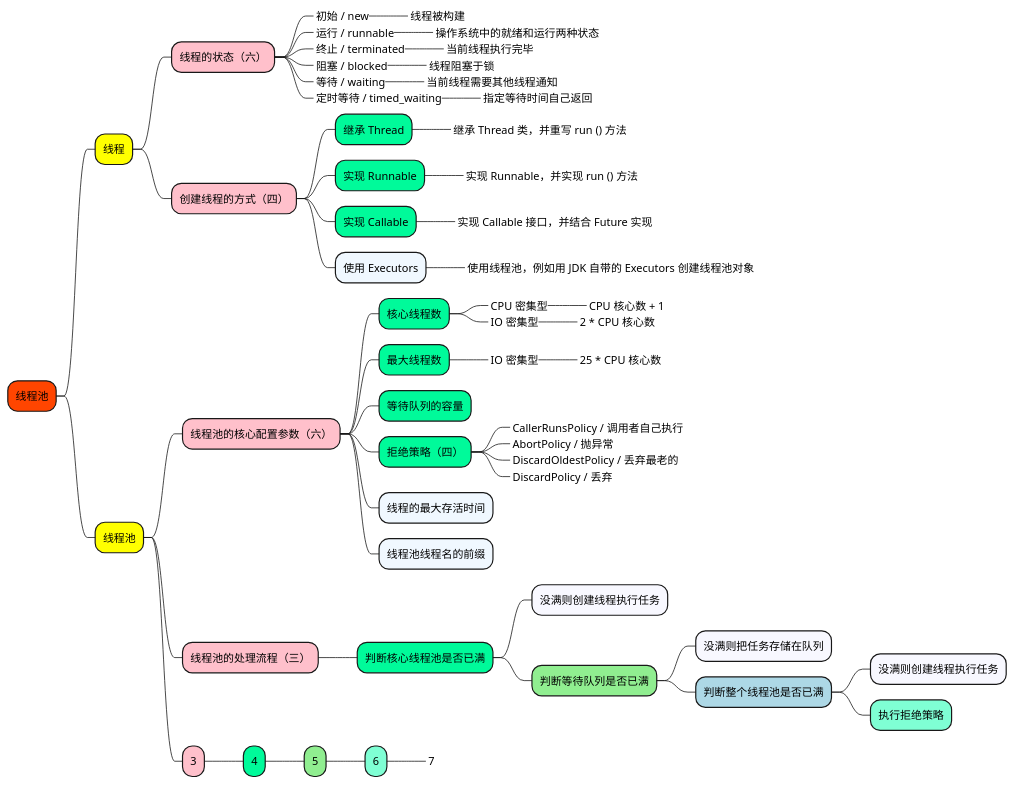
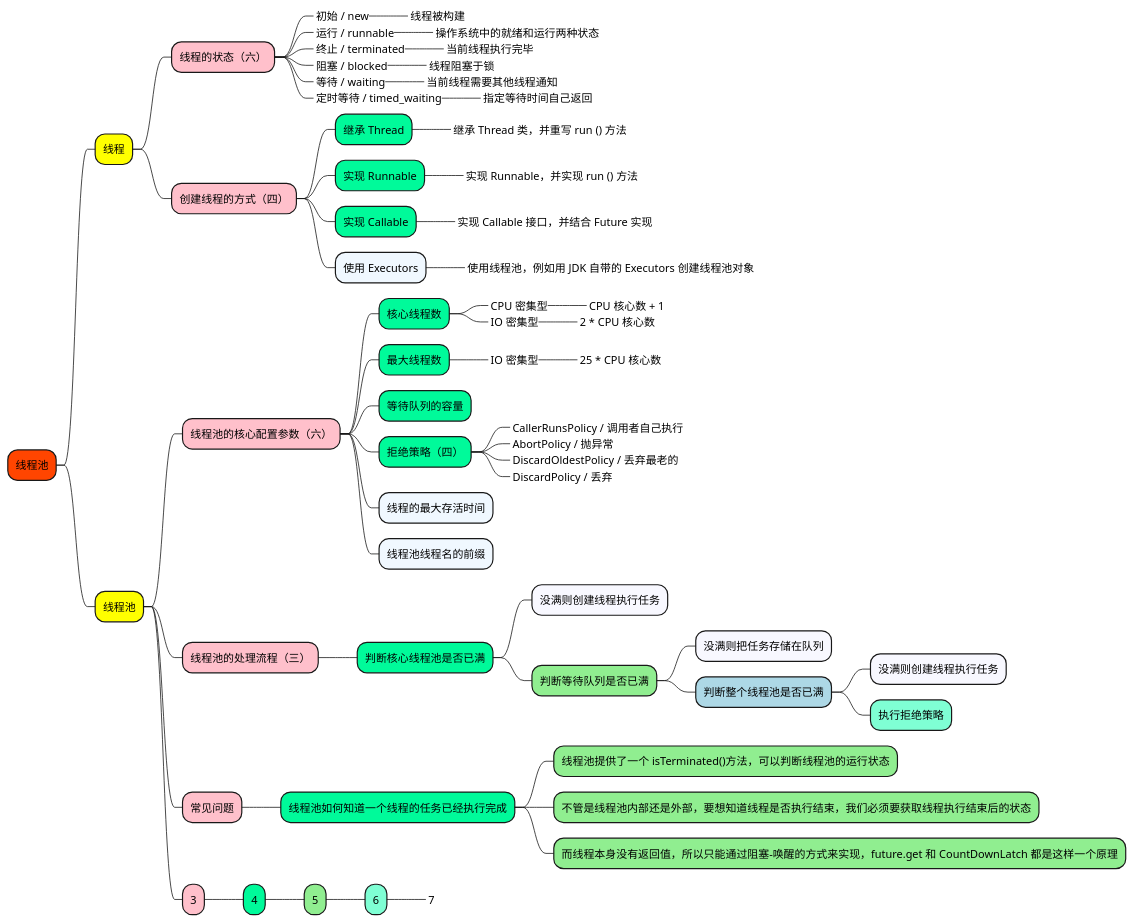
One commit to doveg/self-cultivation-of-a-software-engineer changed the diagram in 1_map/1-java/Thread-pool.puml. Above: the diagram before and after it, drawn with PlantUML. The commit also changed 16 other files, not shown here.

```diff
--- a/1_map/1-java/Thread-pool.puml
+++ b/1_map/1-java/Thread-pool.puml
@@ -1,81 +1,87 @@
 @startmindmap
 
 +[#OrangeRed] 线程池
 
 ++[#yellow] 线程
 
 +++[#Pink] 线程的状态（六）
 
 ++++[#AliceBlue]_ 初始 / new
 +++++[#GhostWhite]_ 线程被构建
 ++++[#AliceBlue]_ 运行 / runnable
 +++++[#GhostWhite]_ 操作系统中的就绪和运行两种状态
 ++++[#AliceBlue]_ 终止 / terminated
 +++++[#GhostWhite]_ 当前线程执行完毕
 ++++[#AliceBlue]_ 阻塞 / blocked
 +++++[#GhostWhite]_ 线程阻塞于锁
 ++++[#AliceBlue]_ 等待 / waiting
 +++++[#GhostWhite]_ 当前线程需要其他线程通知
 ++++[#AliceBlue]_ 定时等待 / timed_waiting
 +++++[#GhostWhite]_ 指定等待时间自己返回
 
 
 +++[#Pink] 创建线程的方式（四）
 
 ++++[#MediumSpringGreen] 继承 Thread
 +++++[#GhostWhite]_ 继承 Thread 类，并重写 run () 方法
 ++++[#MediumSpringGreen] 实现 Runnable
 +++++[#GhostWhite]_ 实现 Runnable，并实现 run () 方法
 ++++[#MediumSpringGreen] 实现 Callable
 +++++[#GhostWhite]_ 实现 Callable 接口，并结合 Future 实现
 ++++[#AliceBlue] 使用 Executors
 +++++[#GhostWhite]_ 使用线程池，例如用 JDK 自带的 Executors 创建线程池对象
 
 
 ++[#yellow] 线程池
 
 +++[#Pink] 线程池的核心配置参数（六）
 
 ++++[#MediumSpringGreen] 核心线程数
 +++++[#LightGreen]_ CPU 密集型
 ++++++[#Aquamarine]_ CPU 核心数 + 1
 +++++[#LightGreen]_ IO 密集型
 ++++++[#Aquamarine]_ 2 * CPU 核心数
 
 ++++[#MediumSpringGreen] 最大线程数
 +++++[#LightGreen]_ IO 密集型
 ++++++[#Aquamarine]_ 25 * CPU 核心数
 
 ++++[#MediumSpringGreen] 等待队列的容量
 
 ++++[#MediumSpringGreen] 拒绝策略（四）
 +++++[#LightGreen]_ CallerRunsPolicy / 调用者自己执行
 +++++[#LightGreen]_ AbortPolicy / 抛异常
 +++++[#LightGreen]_ DiscardOldestPolicy / 丢弃最老的
 +++++[#LightGreen]_ DiscardPolicy / 丢弃
 
 ++++[#AliceBlue] 线程的最大存活时间
 ++++[#AliceBlue] 线程池线程名的前缀
 
 
 +++[#Pink] 线程池的处理流程（三）
 
 ++++[#MediumSpringGreen] 判断核心线程池是否已满
 +++++[#GhostWhite] 没满则创建线程执行任务
 +++++[#LightGreen] 判断等待队列是否已满
 ++++++[#GhostWhite] 没满则把任务存储在队列
 ++++++[#LightBlue] 判断整个线程池是否已满
 +++++++[#GhostWhite] 没满则创建线程执行任务
 +++++++[#Aquamarine] 执行拒绝策略
 
++++[#Pink] 常见问题
+
+++++[#MediumSpringGreen] 线程池如何知道一个线程的任务已经执行完成
++++++[#LightGreen] 线程池提供了一个 isTerminated()方法，可以判断线程池的运行状态
++++++[#LightGreen] 不管是线程池内部还是外部，要想知道线程是否执行结束，我们必须要获取线程执行结束后的状态
++++++[#LightGreen] 而线程本身没有返回值，所以只能通过阻塞-唤醒的方式来实现，future.get 和 CountDownLatch 都是这样一个原理
 
 
 +++[#Pink] 3
 
 ++++[#MediumSpringGreen] 4
 +++++[#LightGreen] 5
 ++++++[#Aquamarine] 6
 +++++++[#Aquamarine]_ 7
 
 
 @endmindmap
```
